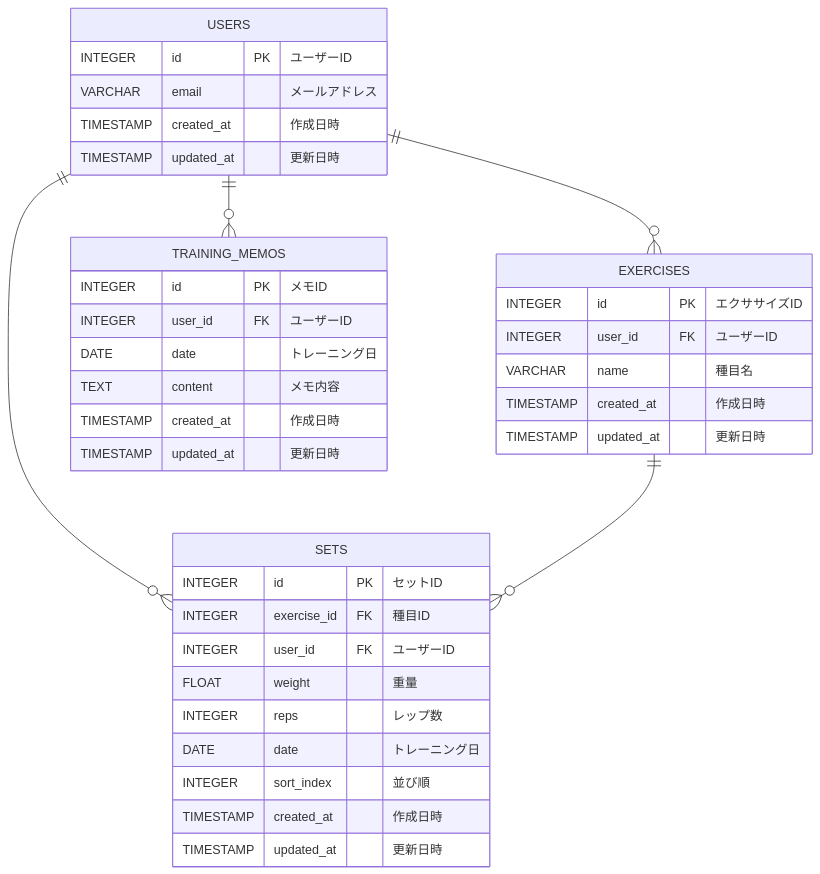
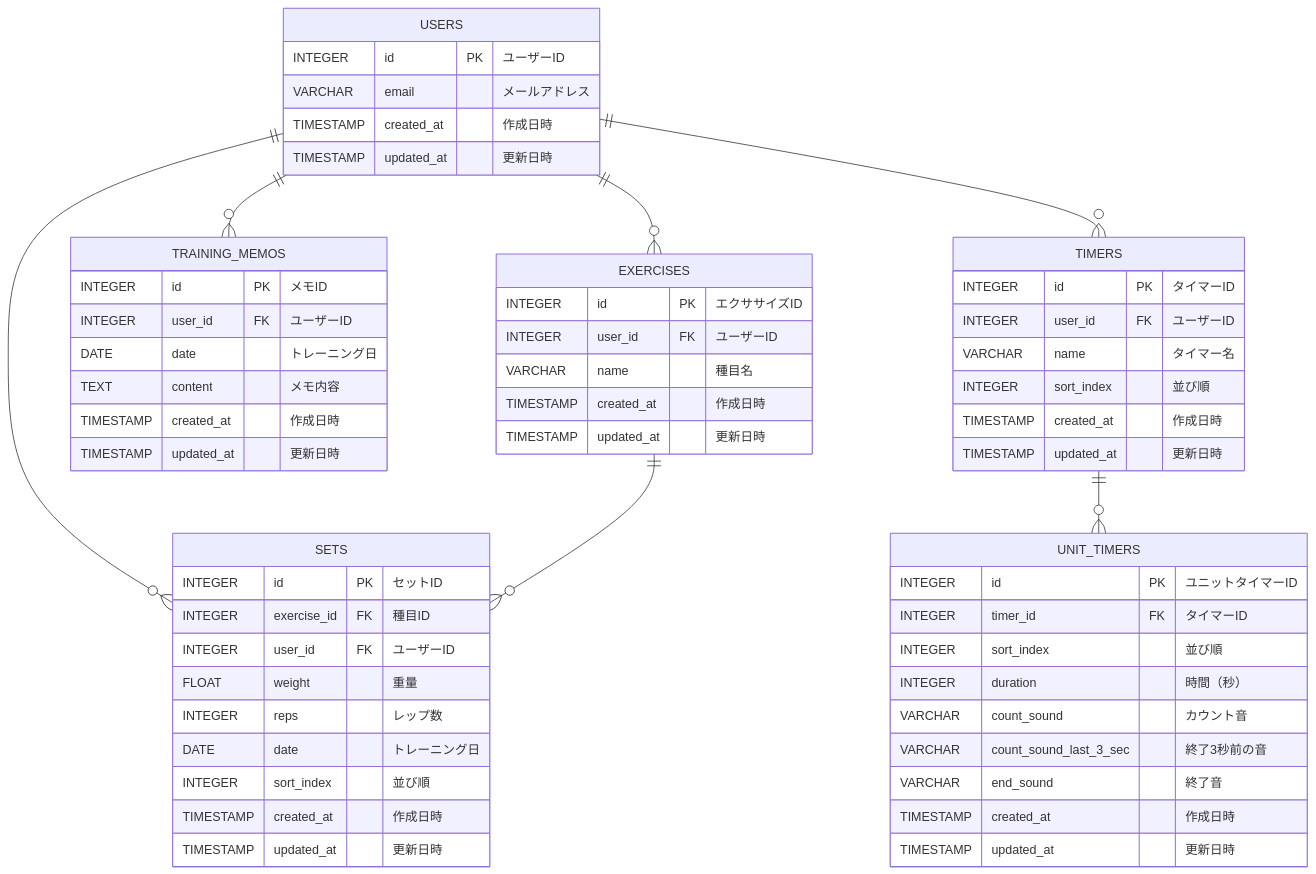
The diagram in docs/design/ER図.md (t-miura-024/lifro), drawn with Mermaid before and after one commit. The commit also changed 41 other files, not shown here.

````diff
--- a/docs/design/ER図.md
+++ b/docs/design/ER図.md
@@ -3,43 +3,66 @@
 ```mermaid
 erDiagram
     USERS {
         INTEGER id PK "ユーザーID"
         VARCHAR email "メールアドレス"
         TIMESTAMP created_at "作成日時"
         TIMESTAMP updated_at "更新日時"
     }
 
     SETS {
         INTEGER id PK "セットID"
         INTEGER exercise_id FK "種目ID"
         INTEGER user_id FK "ユーザーID"
         FLOAT weight "重量"
         INTEGER reps "レップ数"
         DATE date "トレーニング日"
         INTEGER sort_index "並び順"
         TIMESTAMP created_at "作成日時"
         TIMESTAMP updated_at "更新日時"
     }
 
     EXERCISES {
         INTEGER id PK "エクササイズID"
         INTEGER user_id FK "ユーザーID"
         VARCHAR name "種目名"
         TIMESTAMP created_at "作成日時"
         TIMESTAMP updated_at "更新日時"
     }
 
     TRAINING_MEMOS {
         INTEGER id PK "メモID"
         INTEGER user_id FK "ユーザーID"
         DATE date "トレーニング日"
         TEXT content "メモ内容"
         TIMESTAMP created_at "作成日時"
         TIMESTAMP updated_at "更新日時"
     }
 
+    TIMERS {
+        INTEGER id PK "タイマーID"
+        INTEGER user_id FK "ユーザーID"
+        VARCHAR name "タイマー名"
+        INTEGER sort_index "並び順"
+        TIMESTAMP created_at "作成日時"
+        TIMESTAMP updated_at "更新日時"
+    }
+
+    UNIT_TIMERS {
+        INTEGER id PK "ユニットタイマーID"
+        INTEGER timer_id FK "タイマーID"
+        INTEGER sort_index "並び順"
+        INTEGER duration "時間（秒）"
+        VARCHAR count_sound "カウント音"
+        VARCHAR count_sound_last_3_sec "終了3秒前の音"
+        VARCHAR end_sound "終了音"
+        TIMESTAMP created_at "作成日時"
+        TIMESTAMP updated_at "更新日時"
+    }
+
     USERS ||--o{ EXERCISES : ""
     USERS ||--o{ SETS : ""
     USERS ||--o{ TRAINING_MEMOS : ""
+    USERS ||--o{ TIMERS : ""
     EXERCISES ||--o{ SETS : ""
+    TIMERS ||--o{ UNIT_TIMERS : ""
 ```
````
